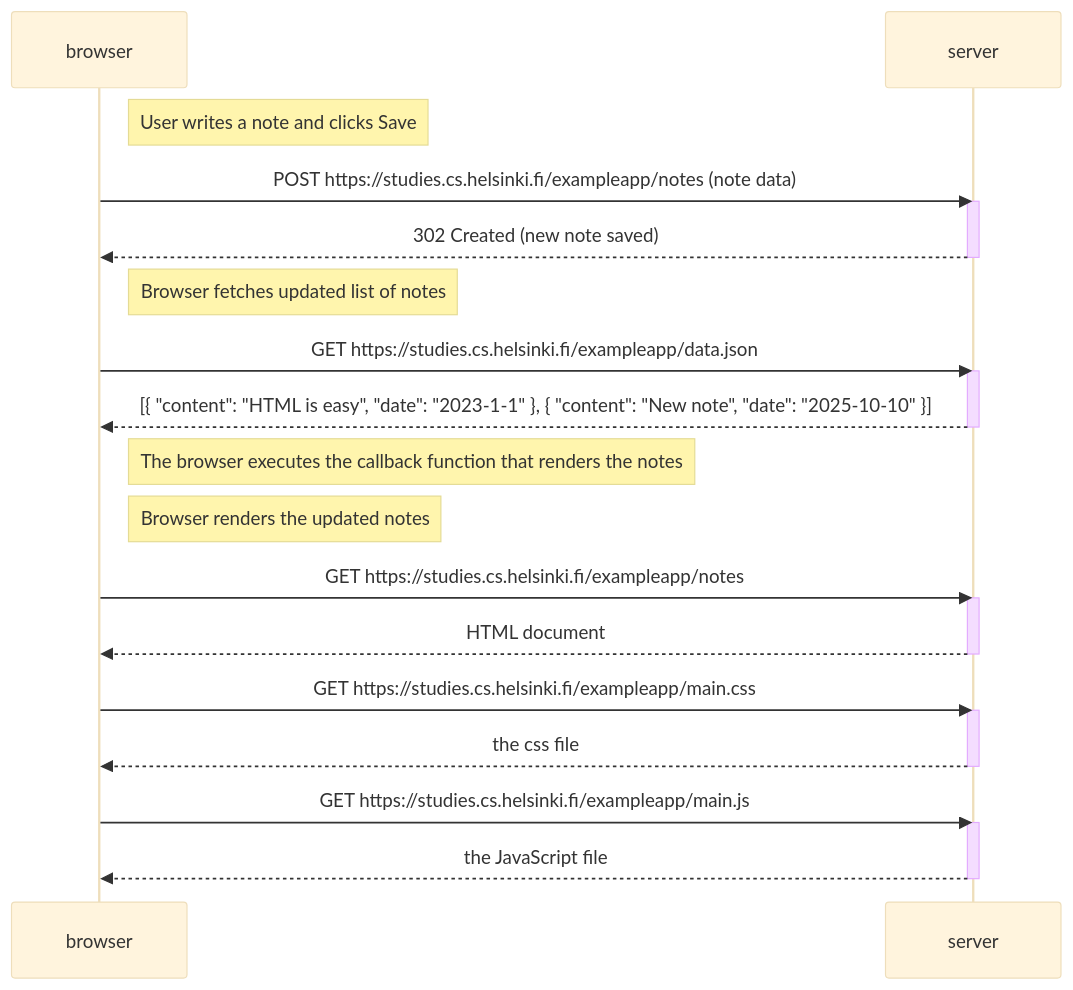
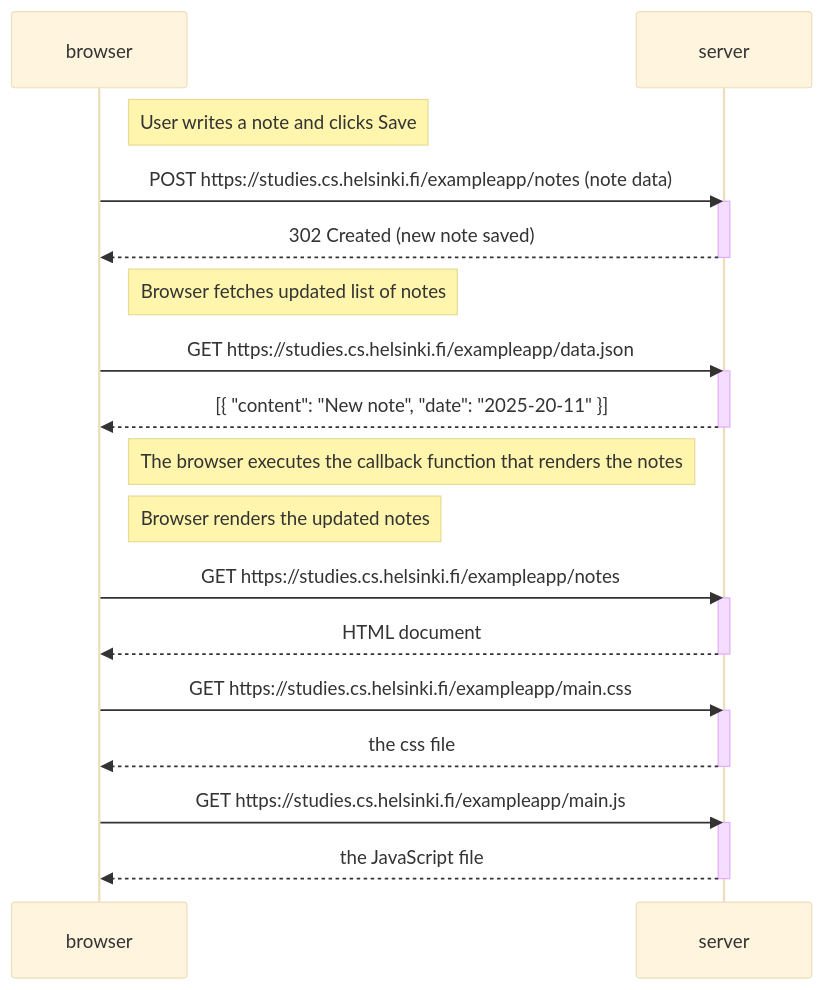
Before and after one commit to rypsoon/fullstack: the diagram in part0/04.md, drawn with Mermaid (base theme).

````diff
--- a/part0/04.md
+++ b/part0/04.md
@@ -1,38 +1,38 @@
 ```mermaid
 sequenceDiagram
     participant browser
     participant server
 
     Note right of browser: User writes a note and clicks Save
 
     browser->>server: POST https://studies.cs.helsinki.fi/exampleapp/notes (note data)
     activate server
     server-->>browser: 302 Created (new note saved)
     deactivate server
 
     Note right of browser: Browser fetches updated list of notes
 
     browser->>server: GET https://studies.cs.helsinki.fi/exampleapp/data.json
     activate server
-    server-->>browser: [{ "content": "HTML is easy", "date": "2023-1-1" }, { "content": "New note", "date": "2025-10-10" }]
+    server-->>browser: [{ "content": "New note", "date": "2025-20-11" }]
     deactivate server
 
     Note right of browser: The browser executes the callback function that renders the notes
     Note right of browser: Browser renders the updated notes
 
     %% (Opcjonalnie: pobranie strony i zasobów — jeśli chcesz, mogę przywrócić te żądania na początek)
     browser->>server: GET https://studies.cs.helsinki.fi/exampleapp/notes
     activate server
     server-->>browser: HTML document
     deactivate server
 
     browser->>server: GET https://studies.cs.helsinki.fi/exampleapp/main.css
     activate server
     server-->>browser: the css file
     deactivate server
 
     browser->>server: GET https://studies.cs.helsinki.fi/exampleapp/main.js
     activate server
     server-->>browser: the JavaScript file
     deactivate server
 ```
````
